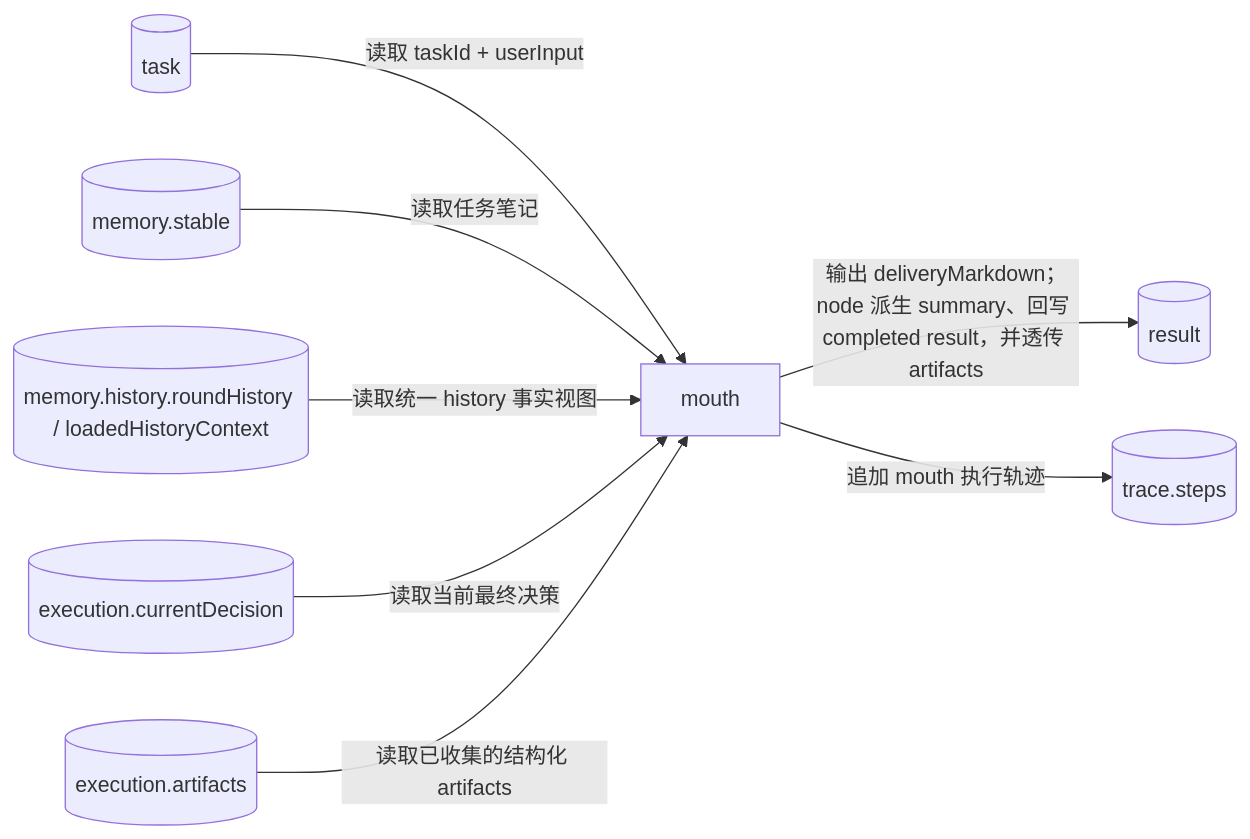
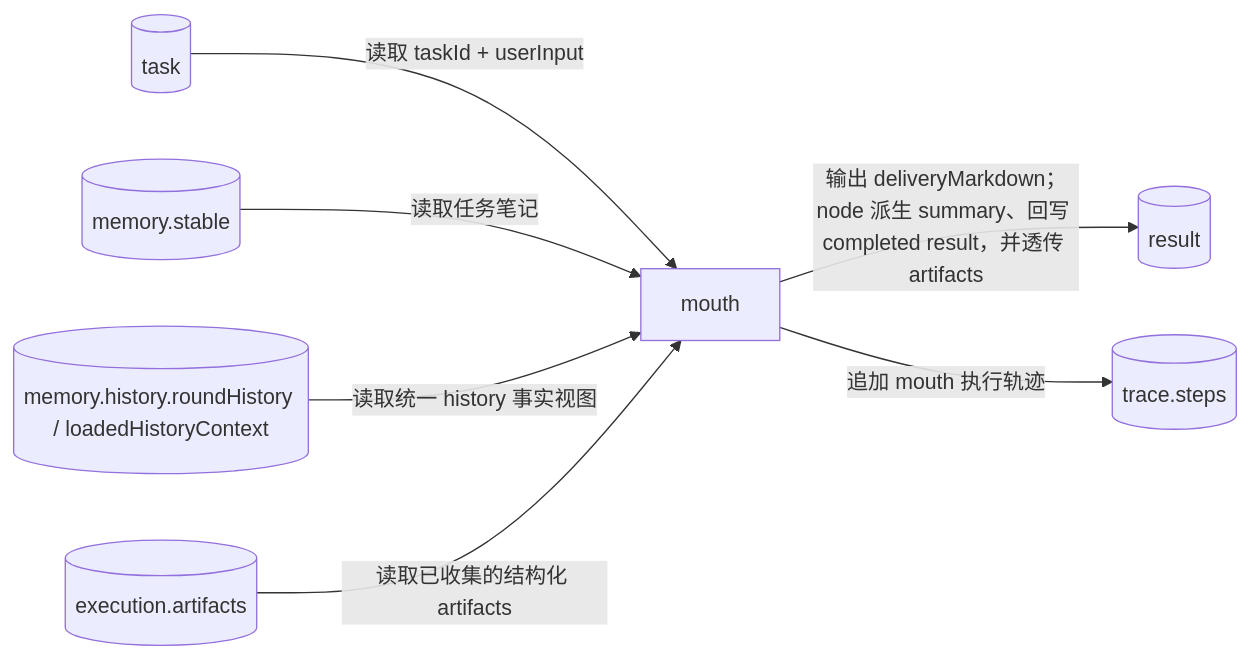
Before and after one commit to Yoan98/Ncurator: the fifth of 5 diagrams in doc/ai-design/data-definition-and-flow.md, drawn with Mermaid. The commit also changed other lines of this file and 9 other files, not shown here.

````diff
--- a/doc/ai-design/data-definition-and-flow.md
+++ b/doc/ai-design/data-definition-and-flow.md
@@ -1105,19 +1107,17 @@
 ```mermaid
 flowchart LR
     T[("task")]
     SM[("memory.stable")]
     PM[("memory.history.roundHistory / loadedHistoryContext")]
-    CD[("execution.currentDecision")]
     A[("execution.artifacts")]
     M["mouth"]
     R[("result")]
     TR[("trace.steps")]
 
     T -->|读取 taskId + userInput| M
     SM -->|读取任务笔记| M
     PM -->|读取统一 history 事实视图| M
-    CD -->|读取当前最终决策| M
     A -->|读取已收集的结构化 artifacts| M
     M -->|输出 deliveryMarkdown；node 派生 summary、回写 completed result，并透传 artifacts| R
     M -->|追加 mouth 执行轨迹| TR
 ```
````
